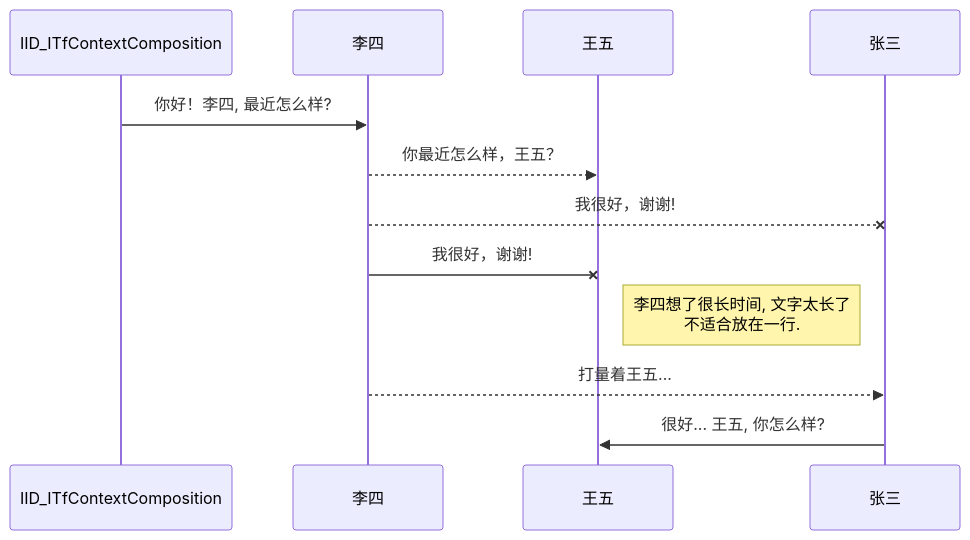
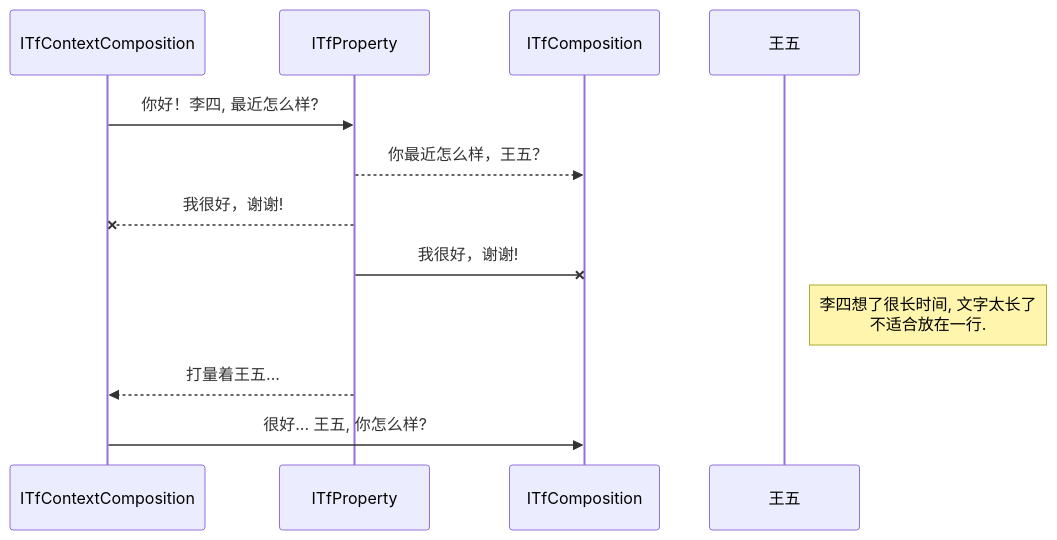
One commit to ChineseInputMethod/mumble changed the second of 4 diagrams in 2023/5/1.md. Above: the diagram before and after it, drawn with Mermaid. The commit also changed other lines of this file, not shown here.

Commit message:
加入接口时间关系

````diff
--- a/2023/5/1.md
+++ b/2023/5/1.md
@@ -100,11 +100,11 @@
 ```mermaid
 sequenceDiagram
-IID_ITfContextComposition ->> 李四: 你好！李四, 最近怎么样?
-李四-->>王五: 你最近怎么样，王五？
-李四--x 张三: 我很好，谢谢!
-李四-x 王五: 我很好，谢谢!
+ITfContextComposition ->> ITfProperty: 你好！李四, 最近怎么样?
+ITfProperty-->>ITfComposition: 你最近怎么样，王五？
+ITfProperty--x ITfContextComposition: 我很好，谢谢!
+ITfProperty-x ITfComposition: 我很好，谢谢!
 Note right of 王五: 李四想了很长时间, 文字太长了<br/>不适合放在一行.
 
-李四-->>张三: 打量着王五...
-张三->>王五: 很好... 王五, 你怎么样?
+ITfProperty-->>ITfContextComposition: 打量着王五...
+ITfContextComposition->>ITfComposition: 很好... 王五, 你怎么样?
 ```
````
